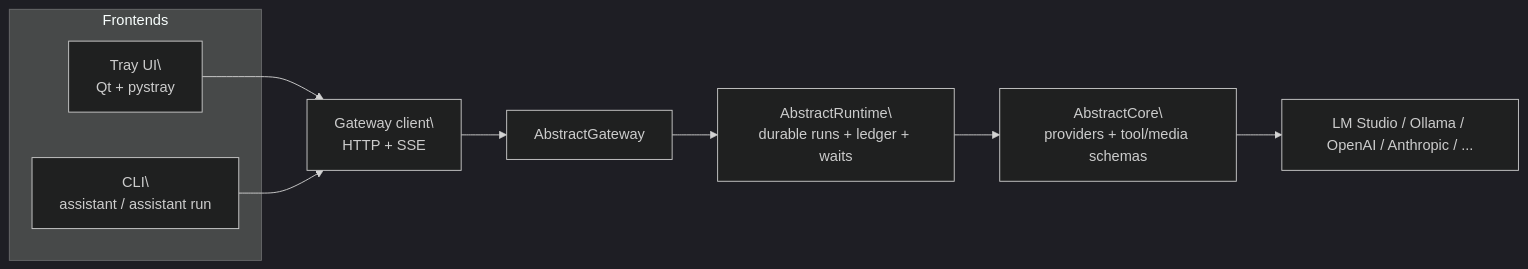
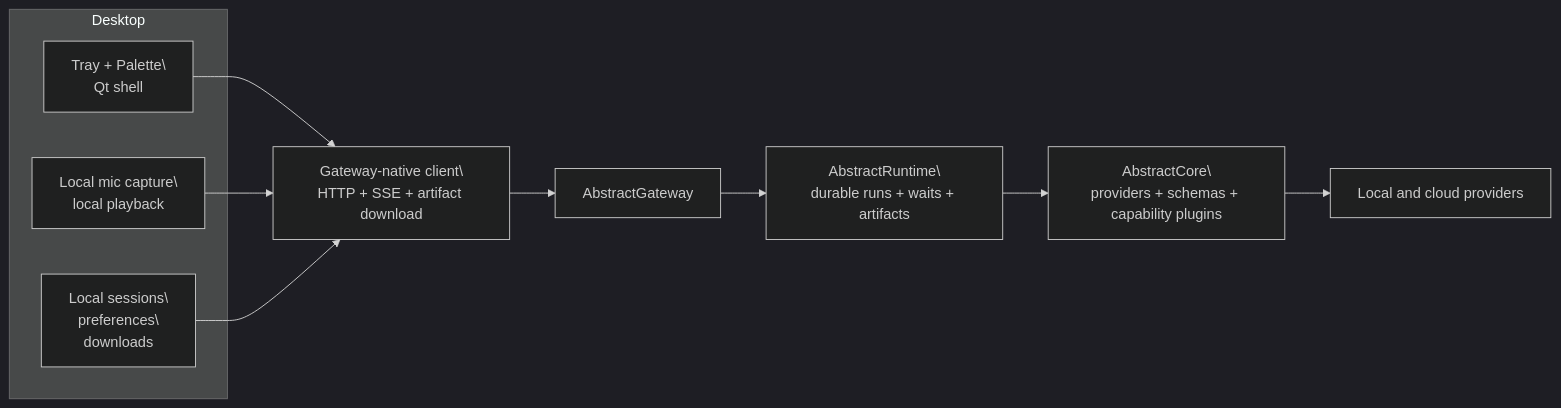
One commit to lpalbou/AbstractAssistant changed the diagram in docs/architecture.md. Above: the diagram before and after it, drawn with Mermaid (dark theme). The commit also changed other lines of this file and 49 other files, not shown here.

````diff
--- a/docs/architecture.md
+++ b/docs/architecture.md
@@ -12,15 +16,17 @@
 ```mermaid
 flowchart LR
-  subgraph Frontends
-    Tray[Tray UI\\nQt + pystray]
-    CLI[CLI\\nassistant / assistant run]
+  subgraph Desktop
+    Tray[Tray + Palette\\nQt shell]
+    Voice[Local mic capture\\nlocal playback]
+    State[Local sessions\\npreferences\\ndownloads]
   end
 
   Tray --> Client
-  CLI --> Client
+  Voice --> Client
+  State --> Client
 
-  Client[Gateway client\\nHTTP + SSE] --> Gateway[AbstractGateway]
-  Gateway --> Runtime[AbstractRuntime\\ndurable runs + ledger + waits]
-  Runtime --> Core[AbstractCore\\nproviders + tool/media schemas]
-  Core --> Providers[LM Studio / Ollama / OpenAI / Anthropic / ...]
+  Client[Gateway-native client\\nHTTP + SSE + artifact download] --> Gateway[AbstractGateway]
+  Gateway --> Runtime[AbstractRuntime\\ndurable runs + waits + artifacts]
+  Runtime --> Core[AbstractCore\\nproviders + schemas + capability plugins]
+  Core --> Providers[Local and cloud providers]
 ```
````
